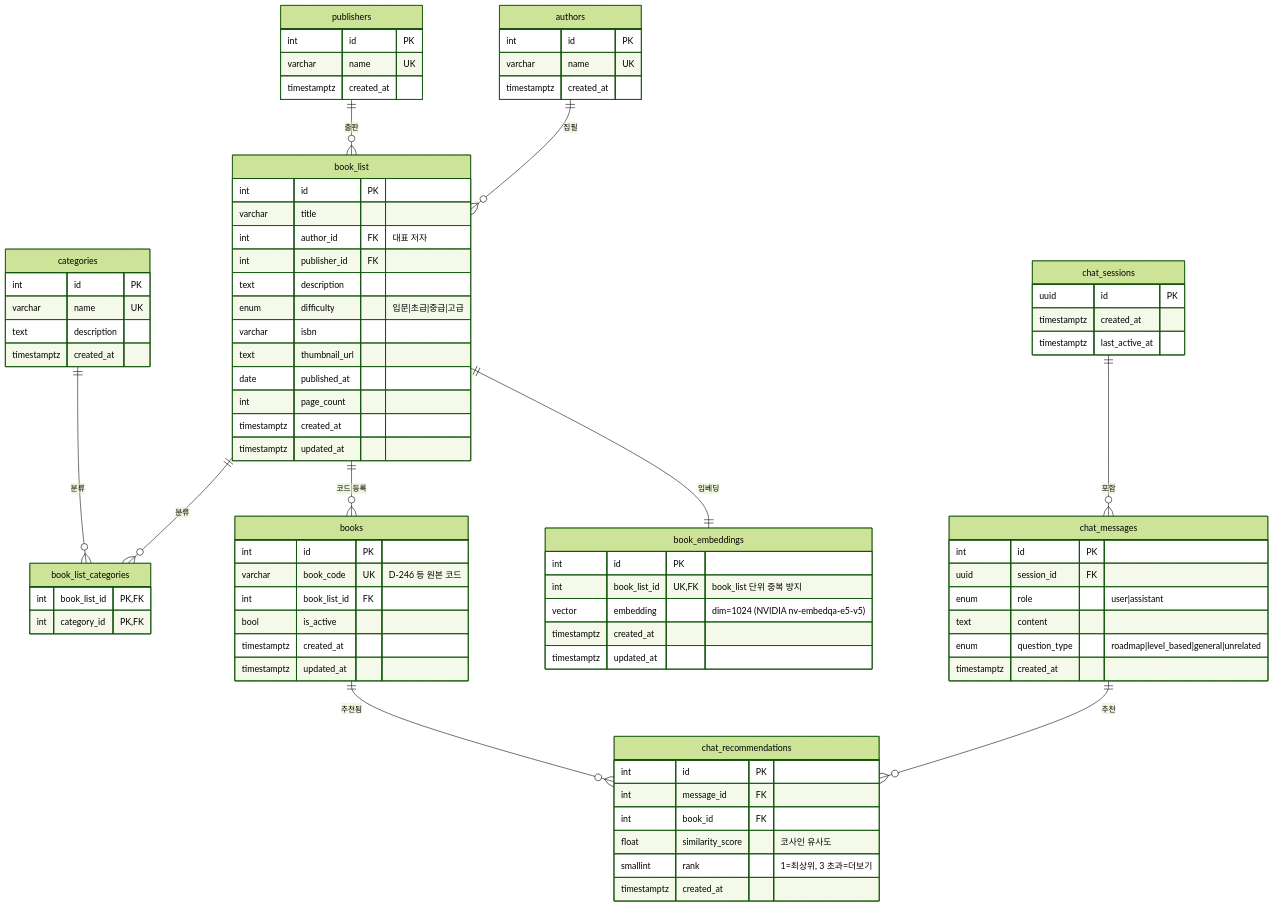
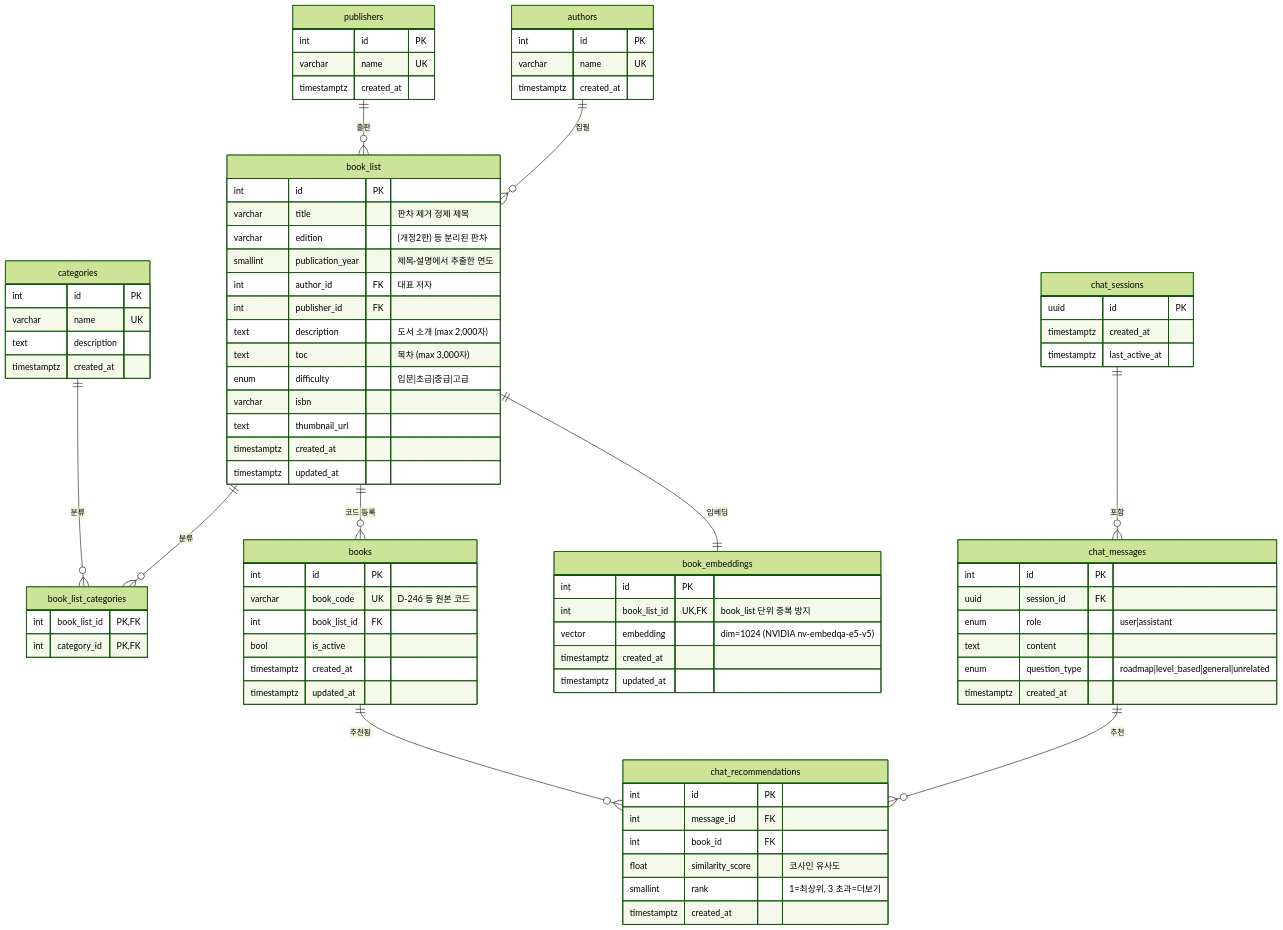
Before and after one commit to khs980714/READ-ME: the diagram in docs/erd.md, drawn with Mermaid (forest theme). The commit also changed other lines of this file and 13 other files, not shown here.

```diff
--- a/docs/erd.md
+++ b/docs/erd.md
@@ -28,16 +28,17 @@
     }
 
     book_list {
-        int     id              PK
-        varchar title
-        int     author_id       FK  "대표 저자"
-        int     publisher_id    FK
-        text    description
-        enum    difficulty          "입문|초급|중급|고급"
-        varchar isbn
-        text    thumbnail_url
-        date    published_at
-        int     page_count
+        int      id                  PK
+        varchar  title                   "판차 제거 정제 제목"
+        varchar  edition                 "(개정2판) 등 분리된 판차"
+        smallint publication_year        "제목·설명에서 추출한 연도"
+        int      author_id          FK   "대표 저자"
+        int      publisher_id       FK
+        text     description             "도서 소개 (max 2,000자)"
+        text     toc                     "목차 (max 3,000자)"
+        enum     difficulty              "입문|초급|중급|고급"
+        varchar  isbn
+        text     thumbnail_url
         timestamptz created_at
         timestamptz updated_at
     }
```
